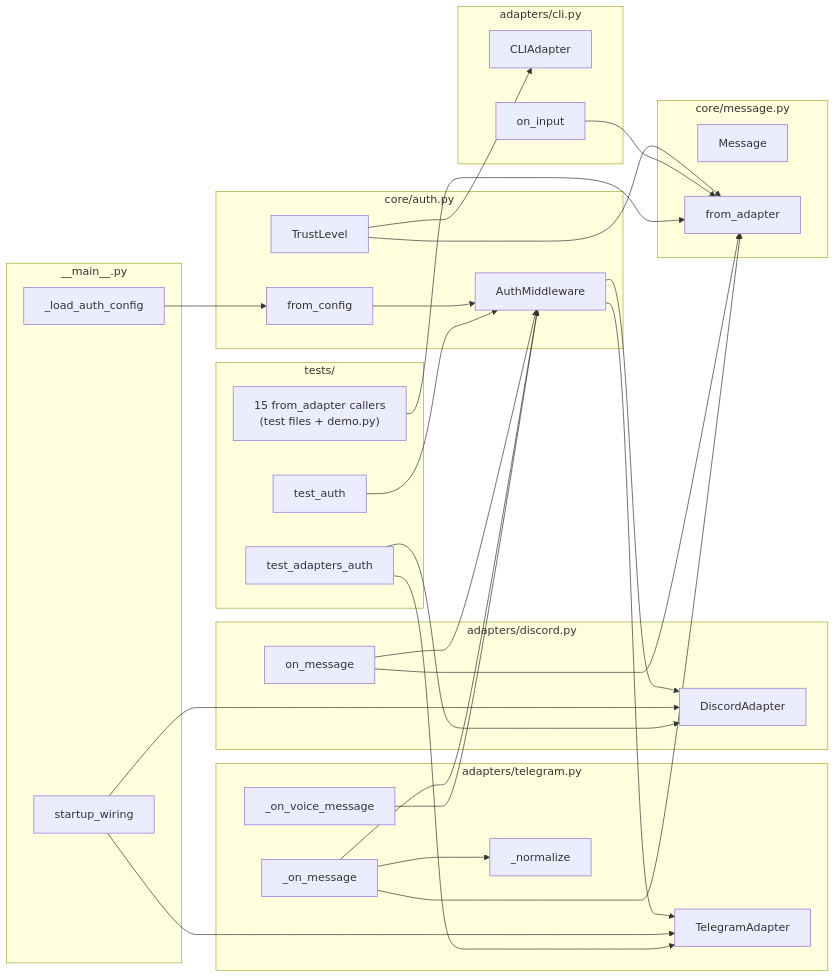
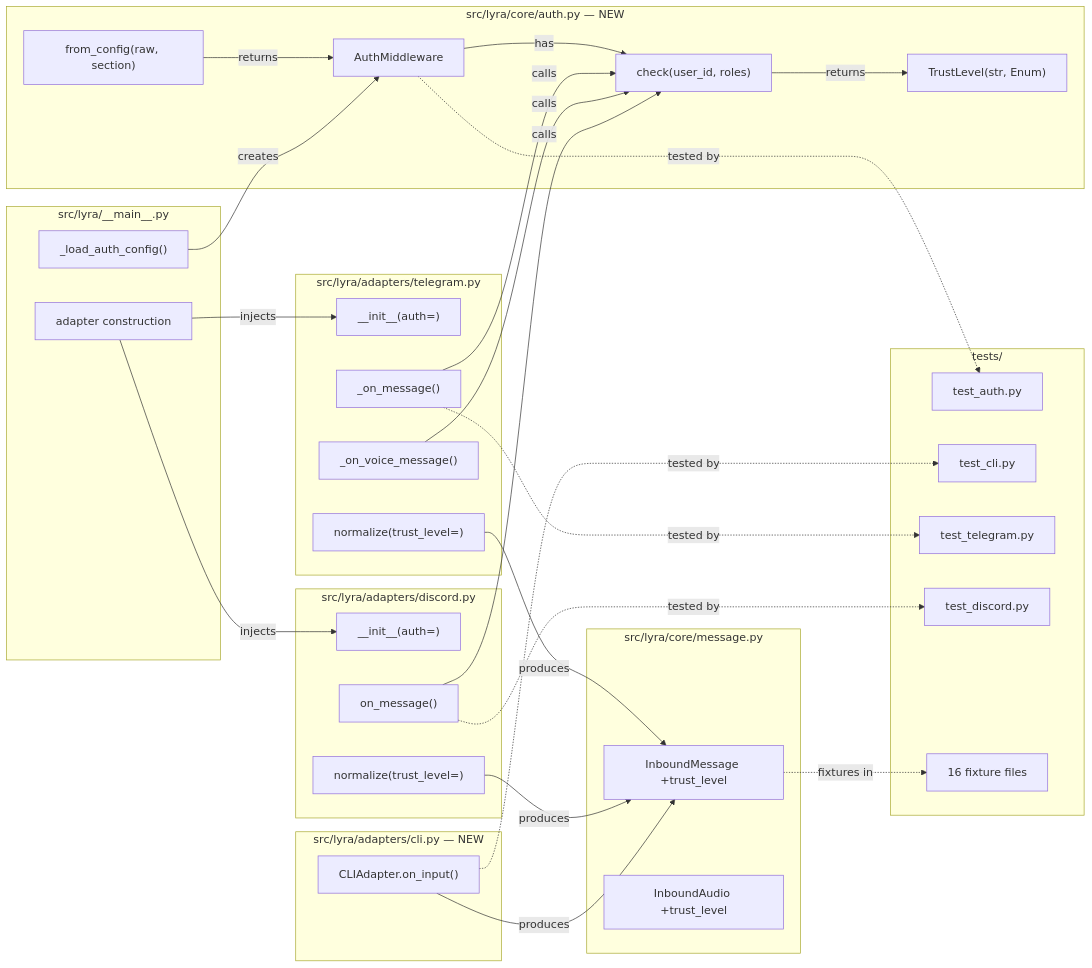
Before and after one commit to Roxabi/lyra: the second of 2 diagrams in artifacts/plans/151-auth-middleware-trust-level-plan.mdx, drawn with Mermaid. The commit also changed other lines of this file, not shown here.

First line of the commit message:
docs(plan): plan for #151 — AuthMiddleware + TrustLevel per adapter

````diff
--- a/artifacts/plans/151-auth-middleware-trust-level-plan.mdx
+++ b/artifacts/plans/151-auth-middleware-trust-level-plan.mdx
@@ -55,55 +75,62 @@
 ```mermaid
 flowchart LR
-    subgraph auth_py["core/auth.py"]
-        TrustLevel
-        AuthMiddleware
-        from_config
-    end
-    subgraph message_py["core/message.py"]
-        Message
-        from_adapter
-    end
-    subgraph telegram_py["adapters/telegram.py"]
-        TelegramAdapter
-        _on_message
-        _on_voice_message
-        _normalize
-    end
-    subgraph discord_py["adapters/discord.py"]
-        DiscordAdapter
-        on_message
-    end
-    subgraph cli_py["adapters/cli.py"]
-        CLIAdapter
-        on_input
-    end
-    subgraph main_py["__main__.py"]
-        _load_auth_config
-        startup_wiring
-    end
-    subgraph tests["tests/"]
-        test_auth
-        test_adapters_auth
-        existing_callers["15 from_adapter callers\n(test files + demo.py)"]
+    subgraph "src/lyra/core/auth.py — NEW"
+        TL["TrustLevel(str, Enum)"]
+        AM["AuthMiddleware"]
+        AM_CHECK["check(user_id, roles)"]
+        AM_FROM["from_config(raw, section)"]
     end
 
-    from_config --> AuthMiddleware
-    AuthMiddleware --> TelegramAdapter
-    AuthMiddleware --> DiscordAdapter
-    TrustLevel --> CLIAdapter
-    TrustLevel --> from_adapter
-    _on_message --> AuthMiddleware
-    _on_voice_message --> AuthMiddleware
-    on_message --> AuthMiddleware
-    _on_message --> _normalize
-    _on_message --> from_adapter
-    on_message --> from_adapter
-    on_input --> from_adapter
-    _load_auth_config --> from_config
-    startup_wiring --> TelegramAdapter
-    startup_wiring --> DiscordAdapter
-    test_auth --> AuthMiddleware
-    test_adapters_auth --> TelegramAdapter
-    test_adapters_auth --> DiscordAdapter
-    existing_callers --> from_adapter
+    subgraph "src/lyra/core/message.py"
+        IM["InboundMessage +trust_level"]
+        IA["InboundAudio +trust_level"]
+    end
+
+    subgraph "src/lyra/adapters/telegram.py"
+        TG_INIT["__init__(auth=)"]
+        TG_MSG["_on_message()"]
+        TG_VOICE["_on_voice_message()"]
+        TG_NORM["normalize(trust_level=)"]
+    end
+
+    subgraph "src/lyra/adapters/discord.py"
+        DC_INIT["__init__(auth=)"]
+        DC_MSG["on_message()"]
+        DC_NORM["normalize(trust_level=)"]
+    end
+
+    subgraph "src/lyra/adapters/cli.py — NEW"
+        CLI_IN["CLIAdapter.on_input()"]
+    end
+
+    subgraph "src/lyra/__main__.py"
+        LOAD_AUTH["_load_auth_config()"]
+        WIRE["adapter construction"]
+    end
+
+    subgraph "tests/"
+        T_AUTH["test_auth.py"]
+        T_CLI["test_cli.py"]
+        T_TG["test_telegram.py"]
+        T_DC["test_discord.py"]
+        T_FIX["16 fixture files"]
+    end
+
+    AM_FROM -->|returns| AM
+    AM -->|has| AM_CHECK
+    AM_CHECK -->|returns| TL
+    TG_MSG -->|calls| AM_CHECK
+    TG_VOICE -->|calls| AM_CHECK
+    DC_MSG -->|calls| AM_CHECK
+    TG_NORM -->|produces| IM
+    DC_NORM -->|produces| IM
+    CLI_IN -->|produces| IM
+    LOAD_AUTH -->|creates| AM
+    WIRE -->|injects| TG_INIT
+    WIRE -->|injects| DC_INIT
+    AM -.->|tested by| T_AUTH
+    CLI_IN -.->|tested by| T_CLI
+    TG_MSG -.->|tested by| T_TG
+    DC_MSG -.->|tested by| T_DC
+    IM -.->|fixtures in| T_FIX
 ```
````
